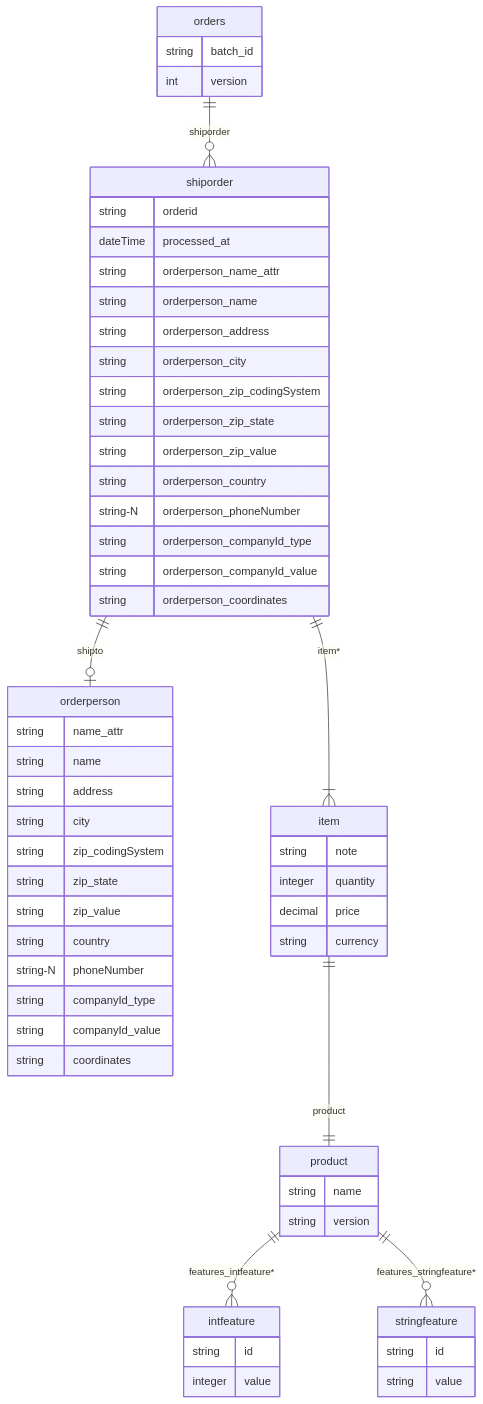
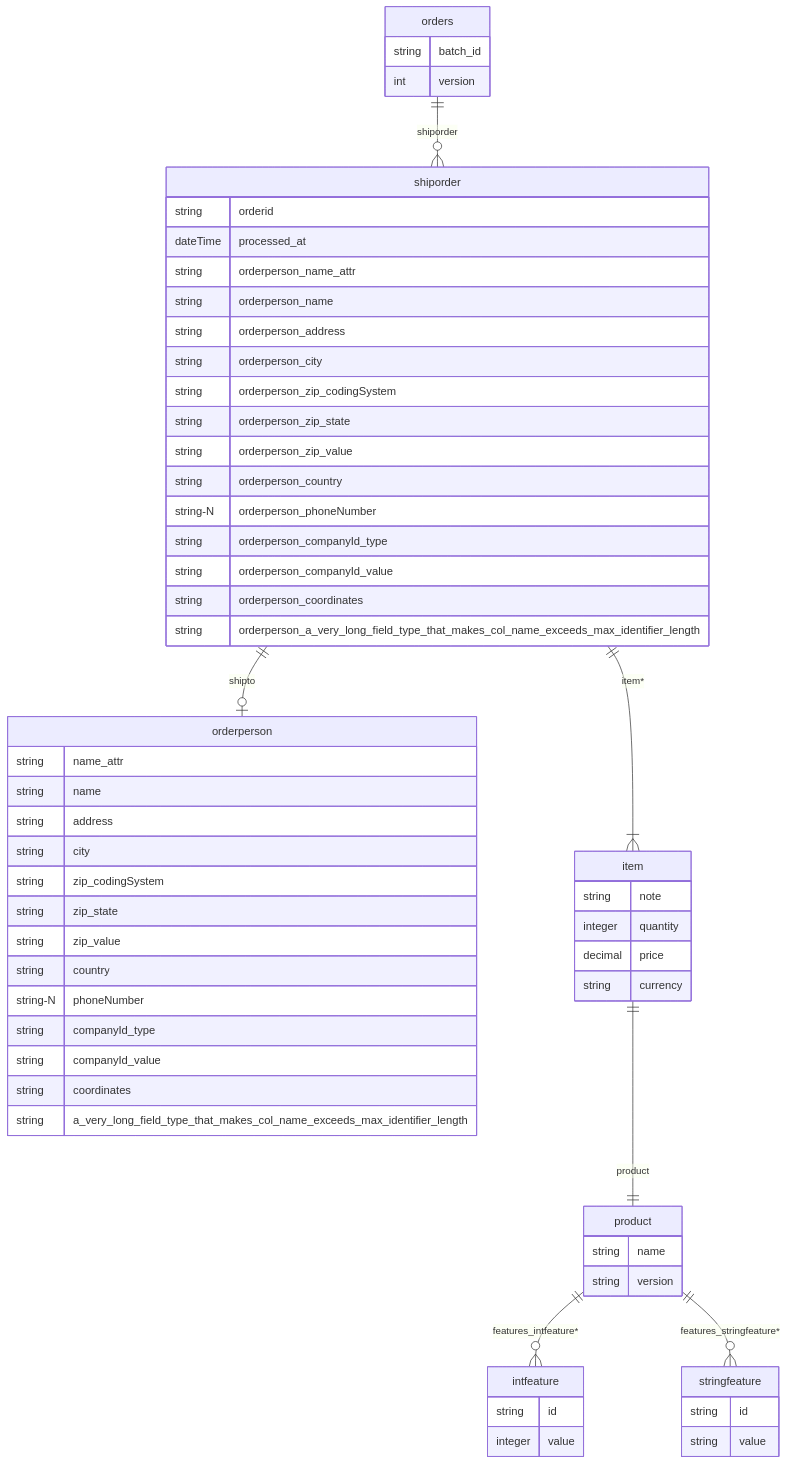
The diagram in tests/sample_models/orders/orders_erd_version2.md (cre-dev/xml2db), drawn with Mermaid before and after one commit. The commit also changed 20 other files, not shown here.

````diff
--- a/tests/sample_models/orders/orders_erd_version2.md
+++ b/tests/sample_models/orders/orders_erd_version2.md
@@ -1,61 +1,63 @@
 ```mermaid
 erDiagram
     shiporder ||--o| orderperson : "shipto"
     shiporder ||--|{ item : "item*"
     shiporder {
         string orderid
         dateTime processed_at
         string orderperson_name_attr
         string orderperson_name
         string orderperson_address
         string orderperson_city
         string orderperson_zip_codingSystem
         string orderperson_zip_state
         string orderperson_zip_value
         string orderperson_country
         string-N orderperson_phoneNumber
         string orderperson_companyId_type
         string orderperson_companyId_value
         string orderperson_coordinates
+        string orderperson_a_very_long_field_type_that_makes_col_name_exceeds_max_identifier_length
     }
     item ||--|| product : "product"
     item {
         string note
         integer quantity
         decimal price
         string currency
     }
     product ||--o{ intfeature : "features_intfeature*"
     product ||--o{ stringfeature : "features_stringfeature*"
     product {
         string name
         string version
     }
     stringfeature {
         string id
         string value
     }
     intfeature {
         string id
         integer value
     }
     orderperson {
         string name_attr
         string name
         string address
         string city
         string zip_codingSystem
         string zip_state
         string zip_value
         string country
         string-N phoneNumber
         string companyId_type
         string companyId_value
         string coordinates
+        string a_very_long_field_type_that_makes_col_name_exceeds_max_identifier_length
     }
     orders ||--o{ shiporder : "shiporder"
     orders {
         string batch_id
         int version
     }
 ```
````
